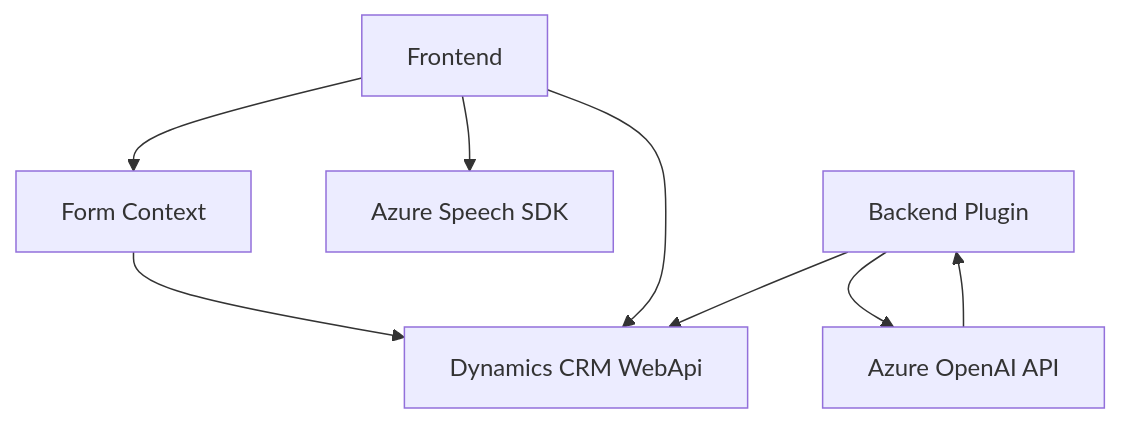
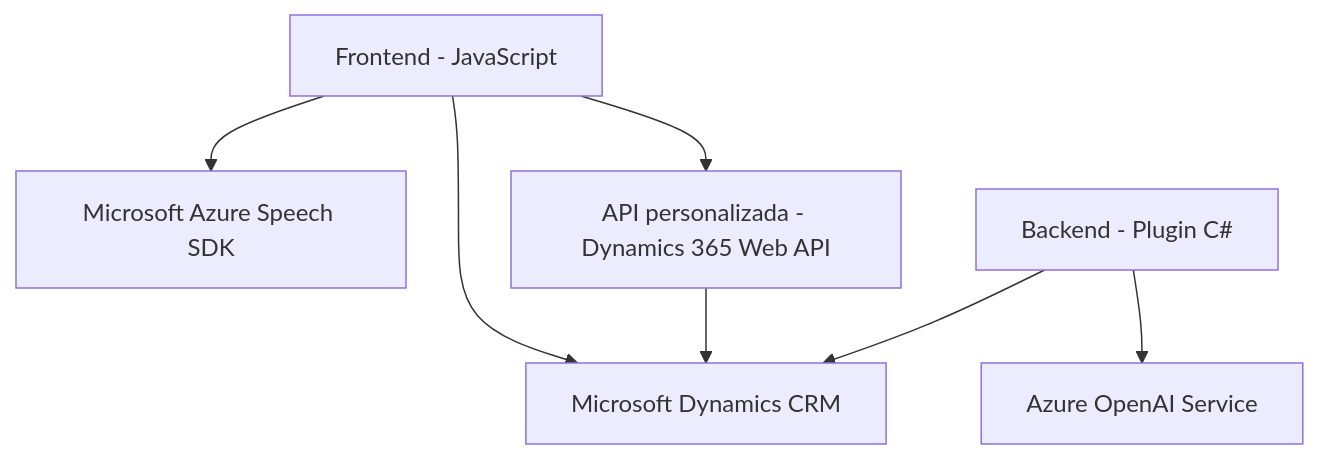
Before and after one commit to blopezdm/NETCORE_BILBAO2025: the diagram in README.md, drawn with Mermaid. The commit also changed other lines of this file, not shown here.

````diff
--- a/README.md
+++ b/README.md
@@ -66,17 +47,16 @@
 ```mermaid
 graph TD
-    A["Frontend"]
-    B["Backend Plugin"]
-    C["Azure Speech SDK"]
-    D["Dynamics CRM WebApi"]
-    E["Azure OpenAI API"]
-    F["Form Context"]
-
-    A --> F
+    A["Frontend - JavaScript"]
+    B["Microsoft Azure Speech SDK"]
+    C["Microsoft Dynamics CRM"]
+    D["API personalizada - Dynamics 365 Web API"]
+    E["Backend - Plugin C#"]
+    F["Azure OpenAI Service"]
+    
+    A --> B
+    A --> D
     A --> C
-    F --> D
-    A --> D
-    B --> D
-    B --> E
-    E --> B
+    D --> C
+    E --> F
+    E --> C
 ```
````
